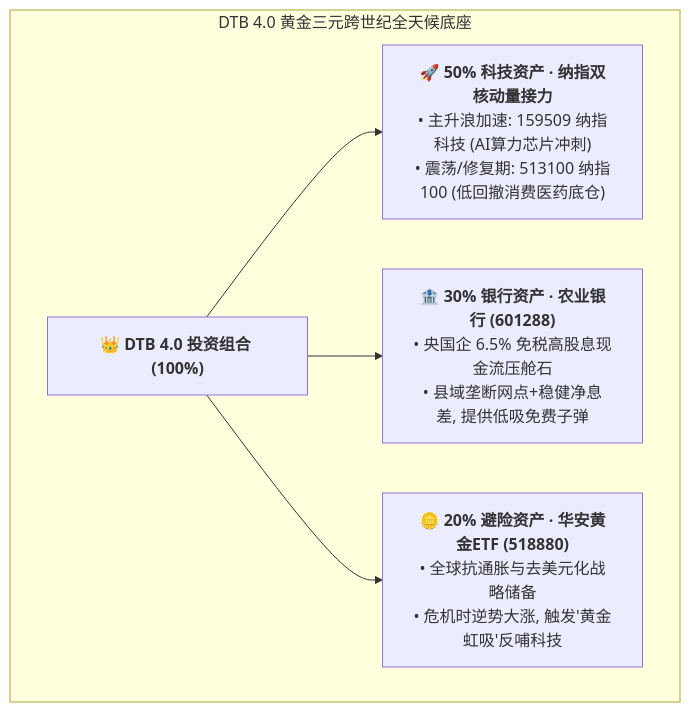
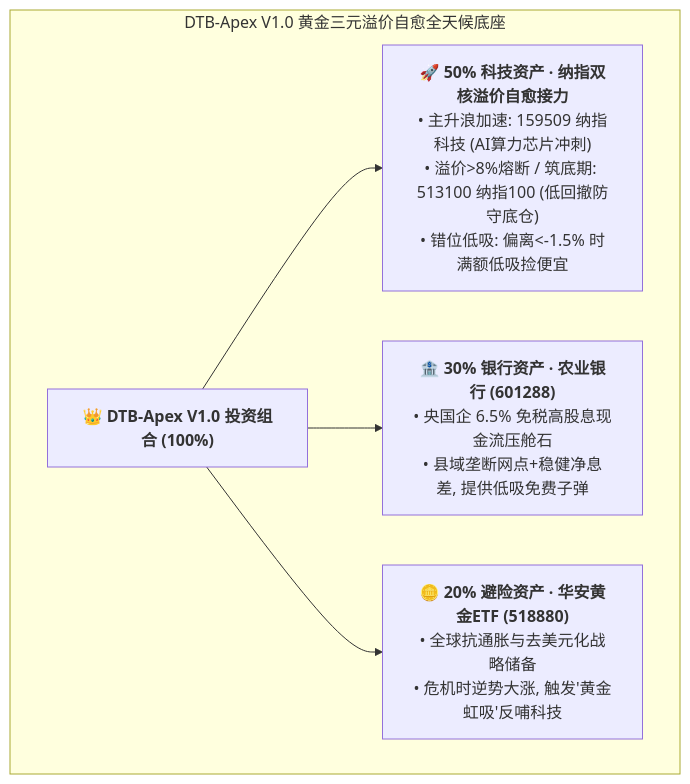
Before and after one commit to MUMUMU23333/game: the diagram in README.md, drawn with Mermaid. The commit also changed other lines of this file and 3 other files, not shown here.

Commit message:
feat(deploy): deploy DTB-Apex V1.0 premium circuit-breaker flagship to production

````diff
--- a/README.md
+++ b/README.md
@@ -14,16 +14,16 @@
 ```mermaid
 graph TD
-    subgraph DTB 4.0 黄金三元跨世纪全天候底座
-        A["<b>👑 DTB 4.0 投资组合 (100%)</b>"]
+    subgraph DTB-Apex V1.0 黄金三元溢价自愈全天候底座
+        A["<b>👑 DTB-Apex V1.0 投资组合 (100%)</b>"]
         
-        T["<b>🚀 50% 科技资产 · 纳指双核动量接力</b><br/>• 主升浪加速: 159509 纳指科技 (AI算力芯片冲刺)<br/>• 震荡/修复期: 513100 纳指100 (低回撤消费医药底仓)"]
+        T["<b>🚀 50% 科技资产 · 纳指双核溢价自愈接力</b><br/>• 主升浪加速: 159509 纳指科技 (AI算力芯片冲刺)<br/>• 溢价>8%熔断 / 筑底期: 513100 纳指100 (低回撤防守底仓)<br/>• 错位低吸: 偏离<-1.5% 时满额低吸捡便宜"]
         
         B["<b>🏦 30% 银行资产 · 农业银行 (601288)</b><br/>• 央国企 6.5% 免税高股息现金流压舱石<br/>• 县域垄断网点+稳健净息差, 提供低吸免费子弹"]
         
         G["<b>🪙 20% 避险资产 · 华安黄金ETF (518880)</b><br/>• 全球抗通胀与去美元化战略储备<br/>• 危机时逆势大涨, 触发'黄金虹吸'反哺科技"]
         
         A --> T
         A --> B
         A --> G
     end
 ```
````
